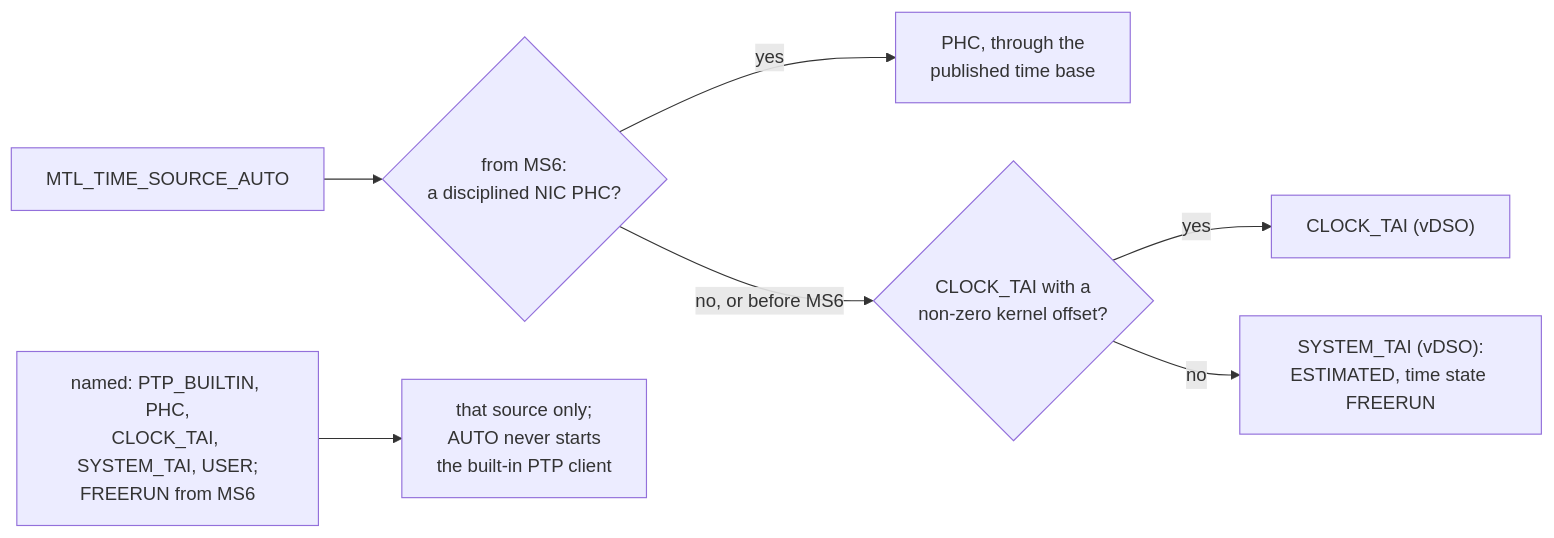
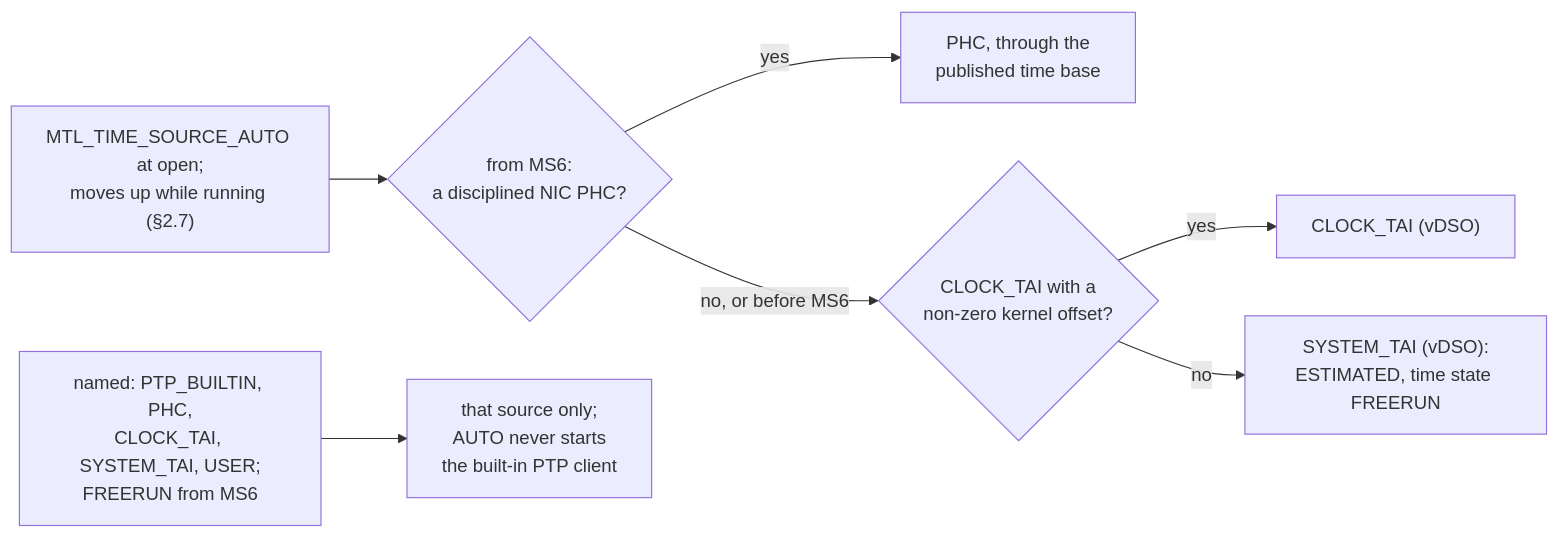
One commit to OpenVisualCloud/Media-Transport-Library changed the first of 7 diagrams in doc/unified-api/timing.md. Above: the diagram before and after it, drawn with Mermaid. The commit also changed other lines of this file and 58 other files, not shown here.

````diff
--- a/doc/unified-api/timing.md
+++ b/doc/unified-api/timing.md
@@ -101,9 +107,9 @@
 ```mermaid
 flowchart LR
-    A["MTL_TIME_SOURCE_AUTO"] --> P{"from MS6:<br/>a disciplined NIC PHC?"}
+    A["MTL_TIME_SOURCE_AUTO at open;<br/>moves up while running (§2.7)"] --> P{"from MS6:<br/>a disciplined NIC PHC?"}
     P -->|"yes"| PHC["PHC, through the<br/>published time base"]
     P -->|"no, or before MS6"| T{"CLOCK_TAI with a<br/>non-zero kernel offset?"}
     T -->|"yes"| CT["CLOCK_TAI (vDSO)"]
     T -->|"no"| S["SYSTEM_TAI (vDSO):<br/>ESTIMATED, time state FREERUN"]
     N["named: PTP_BUILTIN, PHC,<br/>CLOCK_TAI, SYSTEM_TAI, USER;<br/>FREERUN from MS6"] --> X["that source only;<br/>AUTO never starts<br/>the built-in PTP client"]
 ```
````
